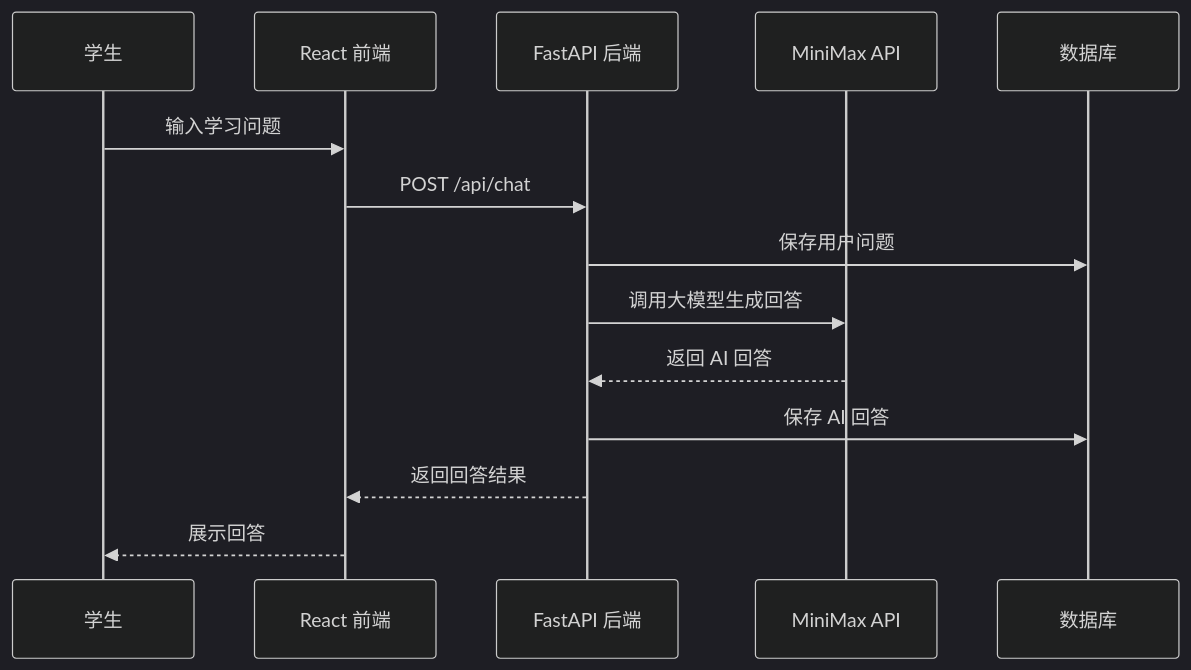
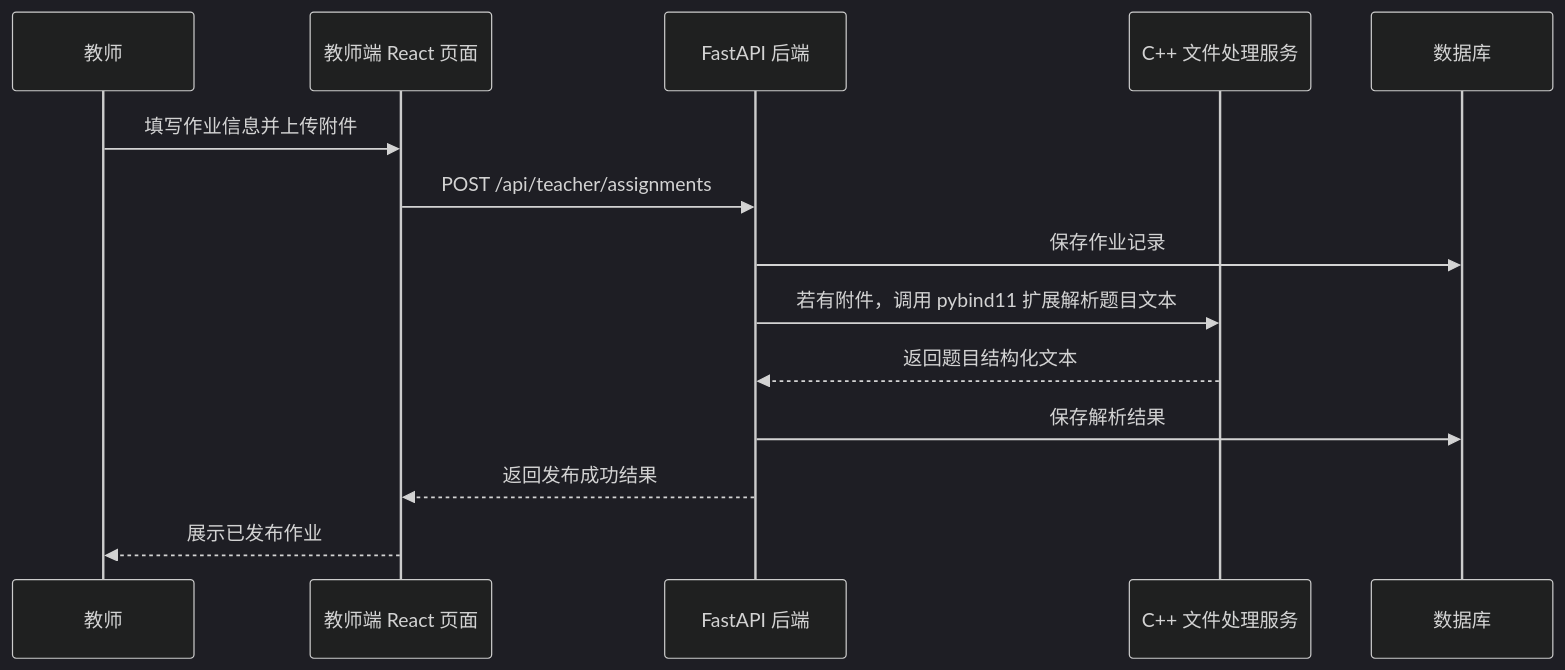
Before and after one commit to fengyan1214/zhixue-companion: the sixth of 7 diagrams in docs/architecture.md, drawn with Mermaid (dark theme). The commit also changed other lines of this file and 3 other files, not shown here.

````diff
--- a/docs/architecture.md
+++ b/docs/architecture.md
@@ -99,17 +175,17 @@
 ```mermaid
 sequenceDiagram
-    participant U as 学生
-    participant F as React 前端
+    participant T as 教师
+    participant F as 教师端 React 页面
     participant B as FastAPI 后端
-    participant M as MiniMax API
+    participant CPP as C++ 文件处理服务
     participant D as 数据库
 
-    U->>F: 输入学习问题
-    F->>B: POST /api/chat
-    B->>D: 保存用户问题
-    B->>M: 调用大模型生成回答
-    M-->>B: 返回 AI 回答
-    B->>D: 保存 AI 回答
-    B-->>F: 返回回答结果
-    F-->>U: 展示回答
+    T->>F: 填写作业信息并上传附件
+    F->>B: POST /api/teacher/assignments
+    B->>D: 保存作业记录
+    B->>CPP: 若有附件，调用 pybind11 扩展解析题目文本
+    CPP-->>B: 返回题目结构化文本
+    B->>D: 保存解析结果
+    B-->>F: 返回发布成功结果
+    F-->>T: 展示已发布作业
 ```
````
